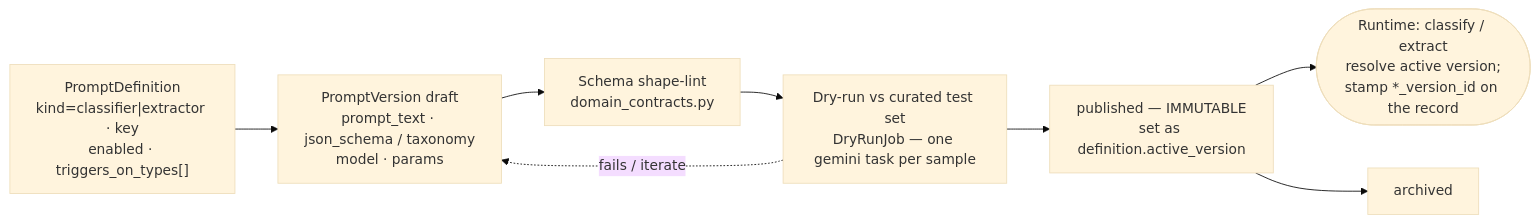
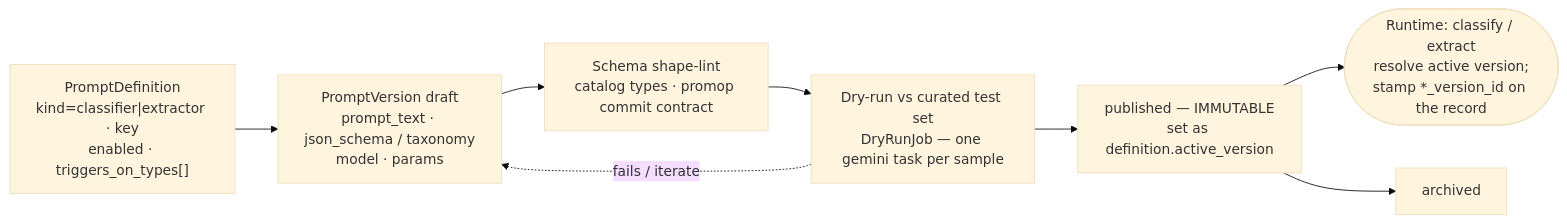
Before and after one commit to healthkey-ai/cdew: the second of 2 diagrams in docs/workflow.md, drawn with Mermaid (base theme). The commit also changed 29 other files, not shown here.

````diff
--- a/docs/workflow.md
+++ b/docs/workflow.md
@@ -85,14 +85,14 @@
 ```mermaid
 flowchart LR
     DEF["PromptDefinition<br/>kind=classifier|extractor · key<br/>enabled · triggers_on_types[]"]
     DRAFT["PromptVersion draft<br/>prompt_text · json_schema / taxonomy<br/>model · params"]
-    LINT["Schema shape-lint<br/>domain_contracts.py"]
+    LINT["Schema shape-lint<br/>catalog types · promop commit contract"]
     DRY["Dry-run vs curated test set<br/>DryRunJob — one gemini task per sample"]
     PUB["published — IMMUTABLE<br/>set as definition.active_version"]
     ARCH["archived"]
     RUN(["Runtime: classify / extract<br/>resolve active version;<br/>stamp *_version_id on the record"])
 
     DEF --> DRAFT --> LINT --> DRY --> PUB --> RUN
     DRY -. "fails / iterate" .-> DRAFT
     PUB --> ARCH
 ```
````
